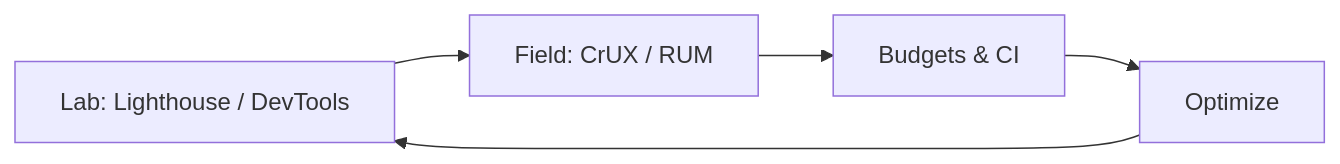
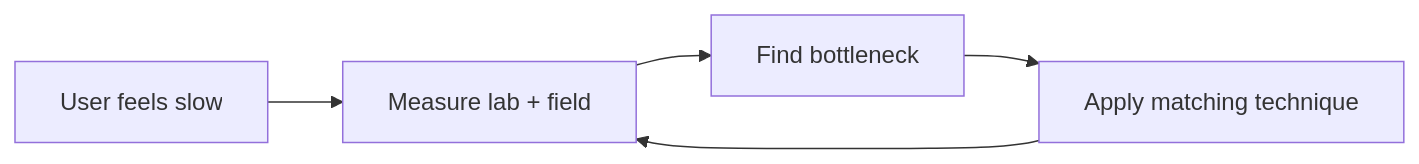
Before and after one commit to prajjwaljogdand/FullstackPreparation: the first of 6 diagrams in docs/javascript/22-performance.md, drawn with Mermaid. The commit also changed other lines of this file and 91 other files, not shown here.

````diff
--- a/docs/javascript/22-performance.md
+++ b/docs/javascript/22-performance.md
@@ -7,7 +18,7 @@
 ```mermaid
 flowchart LR
-  lab["Lab: Lighthouse / DevTools"] --> field["Field: CrUX / RUM"]
-  field --> budget["Budgets & CI"]
-  budget --> fix["Optimize"]
-  fix --> lab
+  feel["User feels slow"] --> measure["Measure lab + field"]
+  measure --> bottleneck["Find bottleneck"]
+  bottleneck --> fix["Apply matching technique"]
+  fix --> measure
 ```
````
